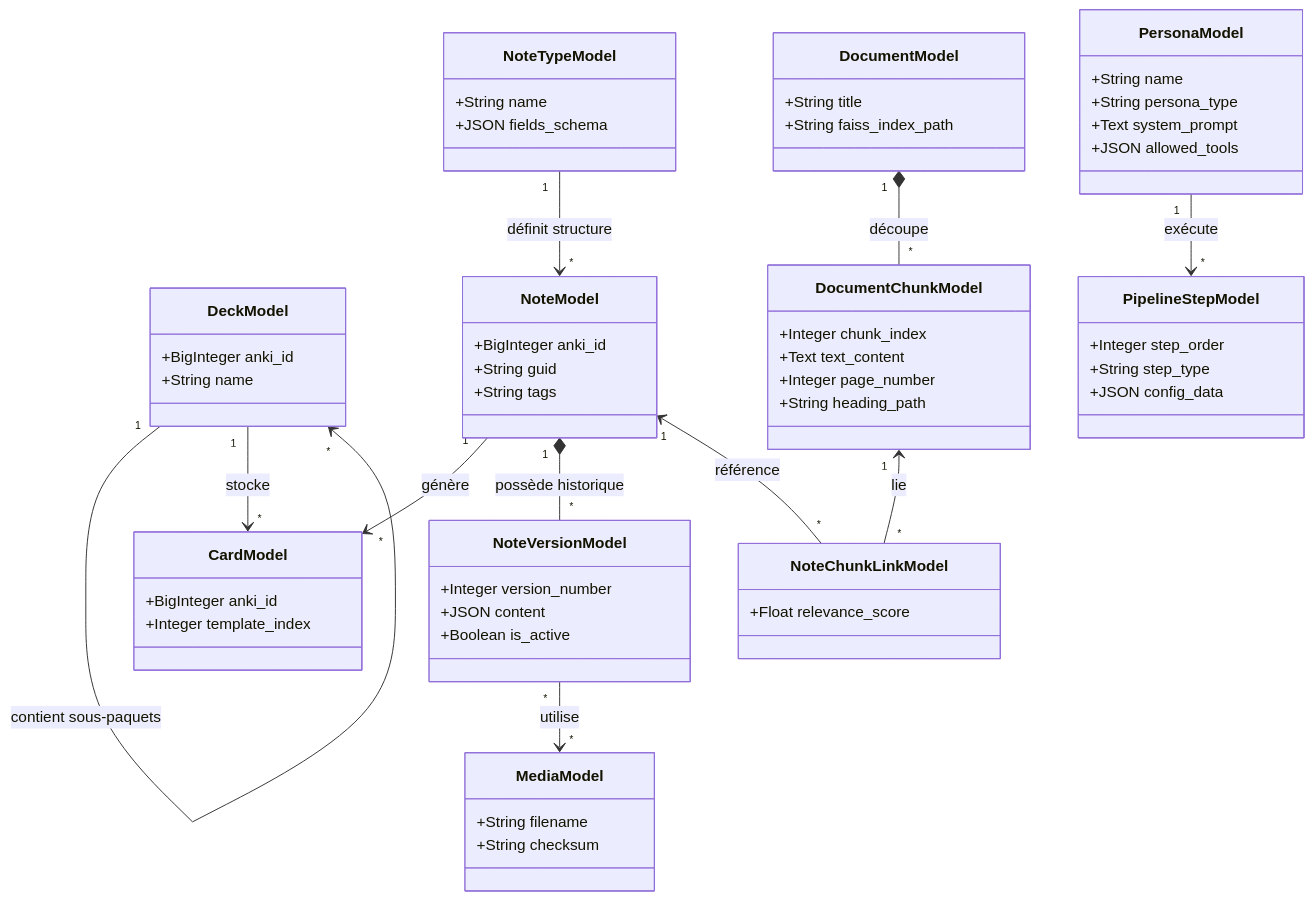
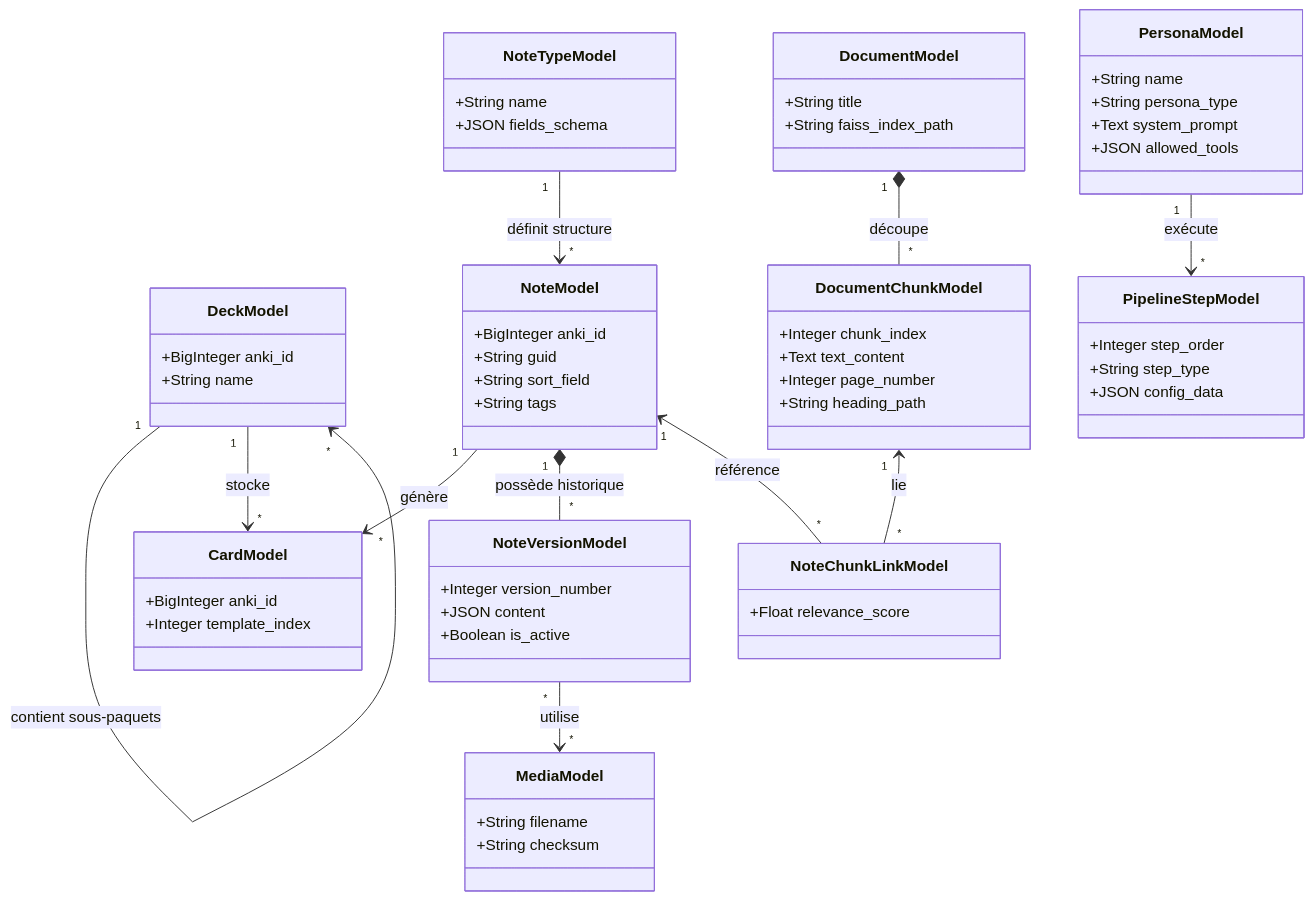
Before and after one commit to Skyl9/AnkiForge: the first of 2 diagrams in docs/Dossier_architecture/03_modele_donnees_synchro.md, drawn with Mermaid. The commit also changed 5 other files, not shown here.

````diff
--- a/docs/Dossier_architecture/03_modele_donnees_synchro.md
+++ b/docs/Dossier_architecture/03_modele_donnees_synchro.md
@@ -42,66 +42,67 @@
 ```mermaid
 classDiagram
     direction TB
 
     class DeckModel {
         +BigInteger anki_id
         +String name
     }
     class NoteTypeModel {
         +String name
         +JSON fields_schema
     }
     class NoteModel {
         +BigInteger anki_id
         +String guid
+        +String sort_field
         +String tags
     }
     class CardModel {
         +BigInteger anki_id
         +Integer template_index
     }
     class NoteVersionModel {
         +Integer version_number
         +JSON content
         +Boolean is_active
     }
     class MediaModel {
         +String filename
         +String checksum
     }
     class DocumentModel {
         +String title
         +String faiss_index_path
     }
     class DocumentChunkModel {
         +Integer chunk_index
         +Text text_content
         +Integer page_number
         +String heading_path
     }
     class NoteChunkLinkModel {
         +Float relevance_score
     }
     class PersonaModel {
         +String name
         +String persona_type
         +Text system_prompt
         +JSON allowed_tools
     }
     class PipelineStepModel {
         +Integer step_order
         +String step_type
         +JSON config_data
     }
 
     DeckModel "1" --> "*" DeckModel : contient sous-paquets
     DeckModel "1" --> "*" CardModel : stocke
     NoteTypeModel "1" --> "*" NoteModel : définit structure
     NoteModel "1" --> "*" CardModel : génère
     NoteModel "1" *-- "*" NoteVersionModel : possède historique
     NoteVersionModel "*" --> "*" MediaModel : utilise
     DocumentModel "1" *-- "*" DocumentChunkModel : découpe
     DocumentChunkModel "1" <-- "*" NoteChunkLinkModel : lie
     NoteModel "1" <-- "*" NoteChunkLinkModel : référence
     PersonaModel "1" --> "*" PipelineStepModel : exécute
 ```
````
